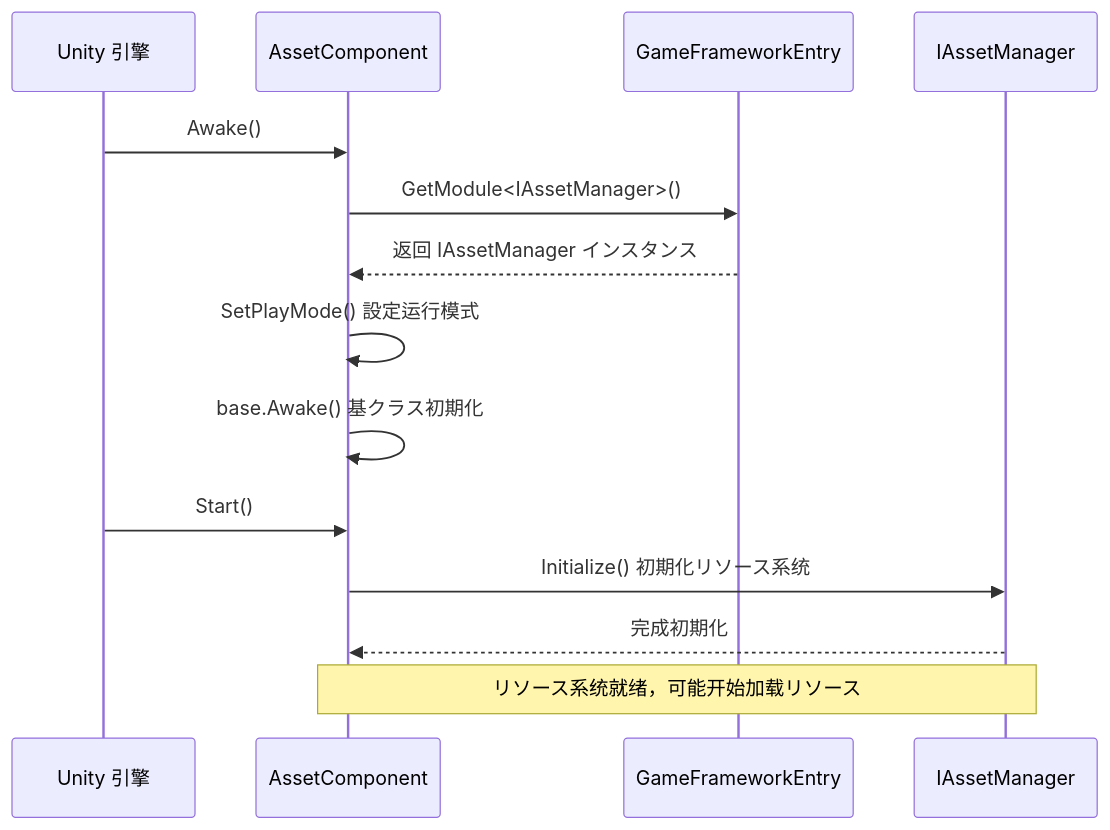
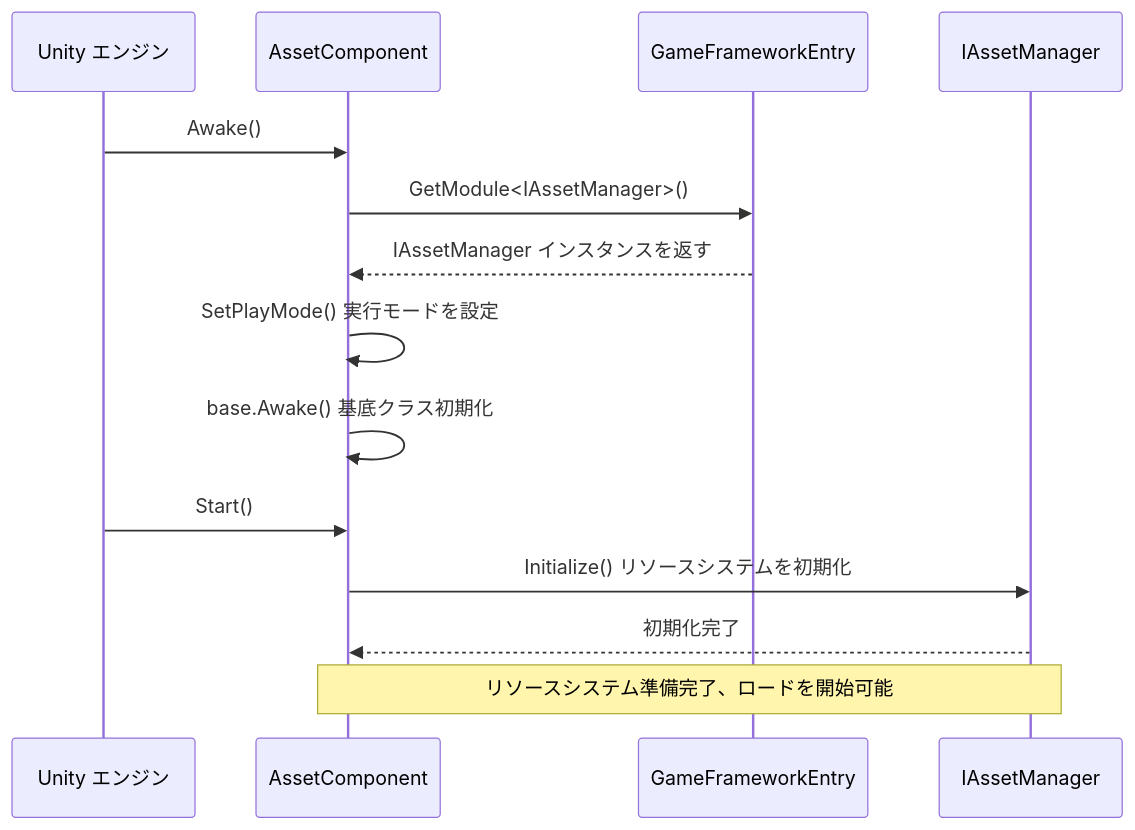
The second of 4 diagrams in docs/ja/client/unity/component/asset/09.asset-component.md (AlianBlank/GameFrameX.Docs), drawn with Mermaid before and after one commit. The commit also changed other lines of this file and 320 other files, not shown here.

````diff
--- a/docs/ja/client/unity/component/asset/09.asset-component.md
+++ b/docs/ja/client/unity/component/asset/09.asset-component.md
@@ -173,19 +173,19 @@
 ```mermaid
 sequenceDiagram
-    participant Unity as Unity 引擎
+    participant Unity as Unity エンジン
     participant AC as AssetComponent
     participant GF as GameFrameworkEntry
     participant IAM as IAssetManager
 
     Unity->>AC: Awake()
     AC->>GF: GetModule<IAssetManager>()
-    GF-->>AC: 返回 IAssetManager インスタンス
-    AC->>AC: SetPlayMode() 設定运行模式
-    AC->>AC: base.Awake() 基クラス初期化
+    GF-->>AC: IAssetManager インスタンスを返す
+    AC->>AC: SetPlayMode() 実行モードを設定
+    AC->>AC: base.Awake() 基底クラス初期化
 
     Unity->>AC: Start()
-    AC->>IAM: Initialize() 初期化リソース系统
-    IAM-->>AC: 完成初期化
+    AC->>IAM: Initialize() リソースシステムを初期化
+    IAM-->>AC: 初期化完了
 
-    Note over AC,IAM: リソース系统就绪，可能开始加载リソース
+    Note over AC,IAM: リソースシステム準備完了、ロードを開始可能
 ```
````
